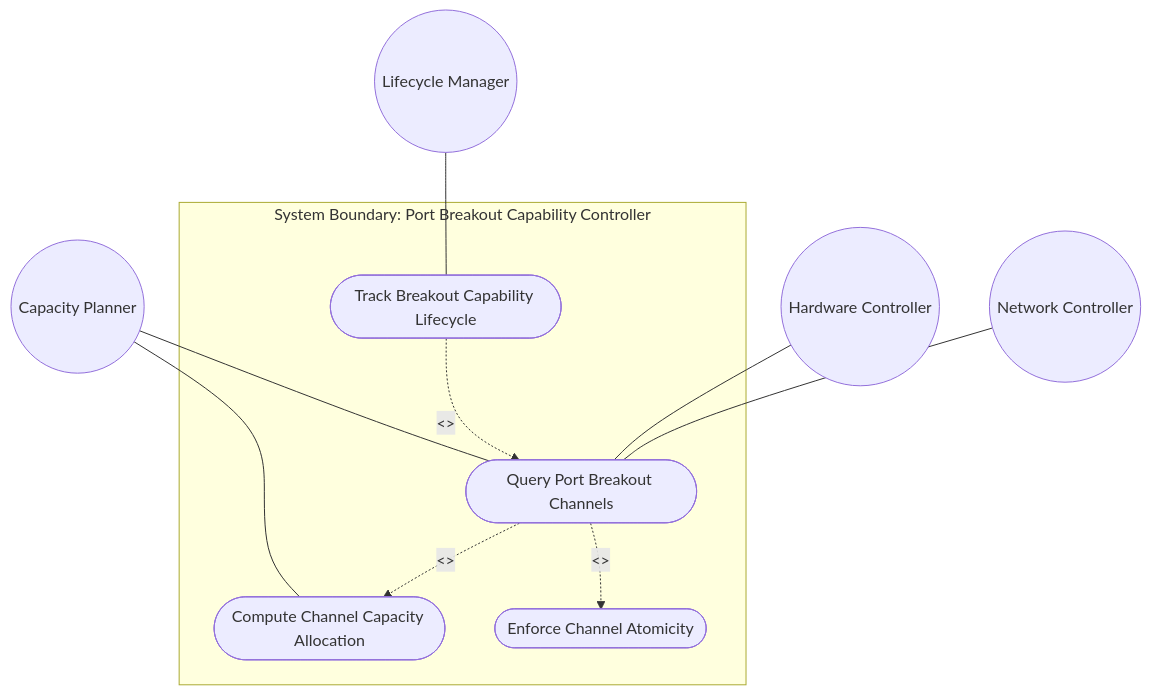
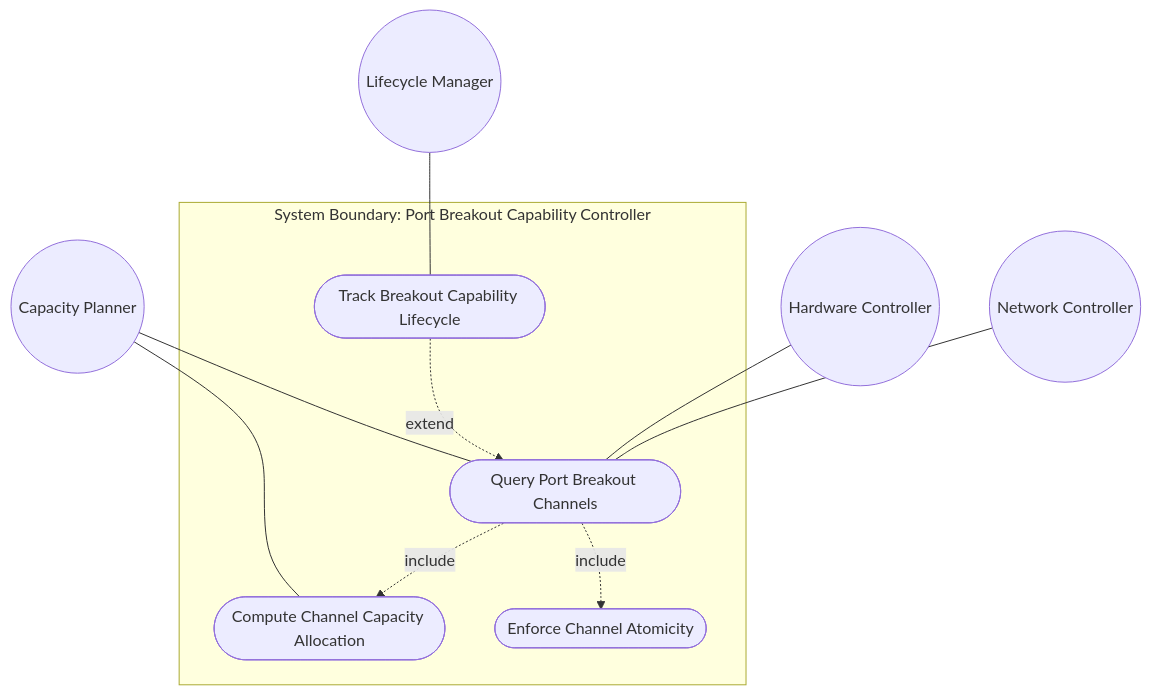
One commit to gintatkinson/3dgs-030 changed the first of 2 diagrams in docs/use-cases/uc-18-query-port-breakout-capability.md. Above: the diagram before and after it, drawn with Mermaid. The commit also changed 17 other files, not shown here.

Commit message:
docs: fix Mermaid UML rendering in all 18 use cases -- remove <<include>>/<<extend>> angle brackets causing GitHub renderer failure

````diff
--- a/docs/use-cases/uc-18-query-port-breakout-capability.md
+++ b/docs/use-cases/uc-18-query-port-breakout-capability.md
@@ -98,17 +98,17 @@
 ```mermaid
 graph TD
     subgraph "System Boundary: Port Breakout Capability Controller"
         UC_Query([Query Port Breakout Channels])
         UC_Compute([Compute Channel Capacity Allocation])
         UC_Track([Track Breakout Capability Lifecycle])
         UC_Atomic([Enforce Channel Atomicity])
     end
     Planner((Capacity Planner)) --- UC_Query
     Planner --- UC_Compute
     LCManager((Lifecycle Manager)) --- UC_Track
-    UC_Query -. "<<include>>" .-> UC_Compute
-    UC_Track -. "<<extend>>" .-> UC_Query
-    UC_Query -. "<<include>>" .-> UC_Atomic
+    UC_Query -. "include" .-> UC_Compute
+    UC_Track -. "extend" .-> UC_Query
+    UC_Query -. "include" .-> UC_Atomic
     HwCtrl((Hardware Controller)) --- UC_Query
     NwController((Network Controller)) --- UC_Query
 ```
````
